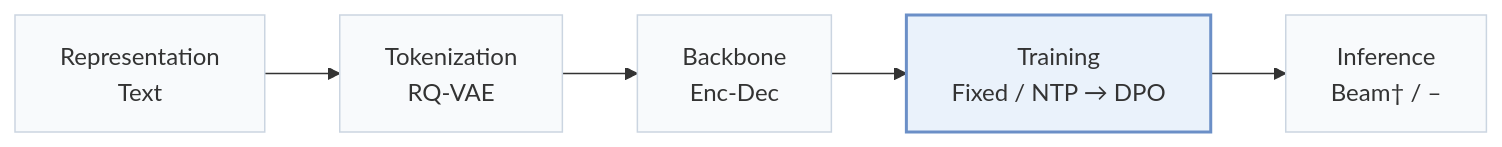
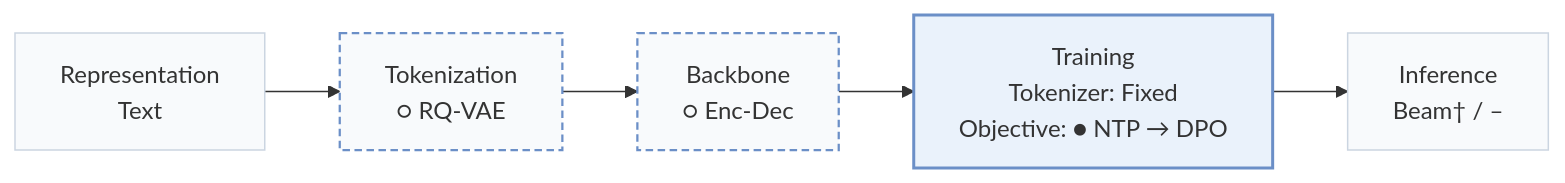
Before and after one commit to Galaxy-ghost/Awesome-SID-Generative-Rec: the first of 2 diagrams in pages/papers/ragr.md, drawn with Mermaid. The commit also changed other lines of this file and 558 other files, not shown here.

````diff
--- a/pages/papers/ragr.md
+++ b/pages/papers/ragr.md
@@ -15,8 +18,10 @@
 ```mermaid
 flowchart LR
-    R["Representation<br/>Text"] --> T["Tokenization<br/>RQ-VAE"] --> B["Backbone<br/>Enc-Dec"] --> TR["Training<br/>Fixed / NTP → DPO"] --> I["Inference<br/>Beam† / –"]
+    R["Representation<br/>Text"] --> T["Tokenization<br/>○ RQ-VAE"] --> B["Backbone<br/>○ Enc-Dec"] --> TR["Training<br/>Tokenizer: Fixed<br/>Objective: ● NTP → DPO"] --> I["Inference<br/>Beam† / –"]
     classDef base fill:#f8fafc,stroke:#cbd5e1
     class R,T,B,TR,I base
+    classDef other fill:#f8fafc,stroke:#6b8fc7,stroke-width:1.5px,stroke-dasharray:5 3
+    class T,B other
     classDef main fill:#eaf2fb,stroke:#6b8fc7,stroke-width:2px
     class TR main
 ```
````
